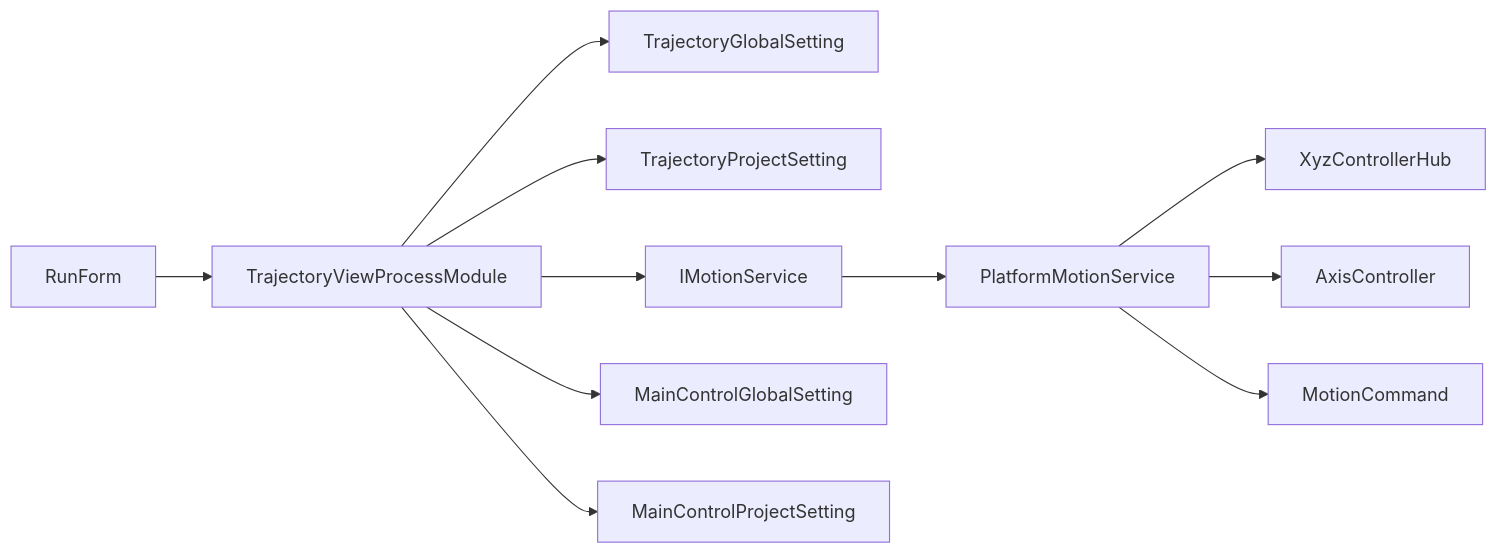
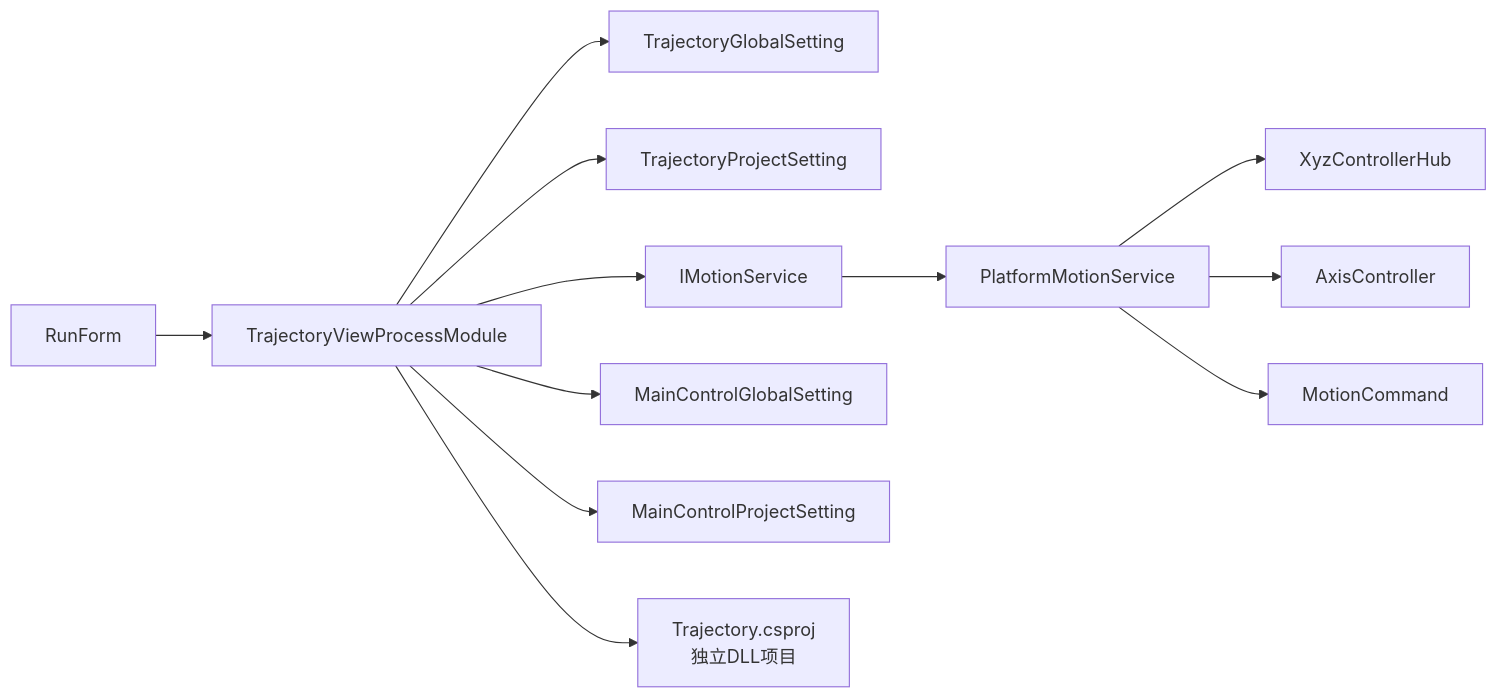
Before and after one commit to fuweiq94-cloud/339918076: the tenth of 10 diagrams in .qoder/repowiki/zh/content/核心功能模块/轨迹规划模块 (Trajectory).md, drawn with Mermaid. The commit also changed other lines of this file and 203 other files, not shown here.

````diff
--- a/.qoder/repowiki/zh/content/核心功能模块/轨迹规划模块 (Trajectory).md
+++ b/.qoder/repowiki/zh/content/核心功能模块/轨迹规划模块 (Trajectory).md
@@ -431,13 +448,14 @@
 ```mermaid
 graph LR
 RF["RunForm"] --> TPM["TrajectoryViewProcessModule"]
 TPM --> TGS["TrajectoryGlobalSetting"]
 TPM --> TPS["TrajectoryProjectSetting"]
 TPM --> IMS["IMotionService"]
 IMS --> PMS["PlatformMotionService"]
 PMS --> XYZ["XyzControllerHub"]
 PMS --> AX["AxisController"]
 PMS --> MC["MotionCommand"]
 TPM --> MGS["MainControlGlobalSetting"]
 TPM --> MPS["MainControlProjectSetting"]
+TPM --> PROJ["Trajectory.csproj<br/>独立DLL项目"]
 ```
````
